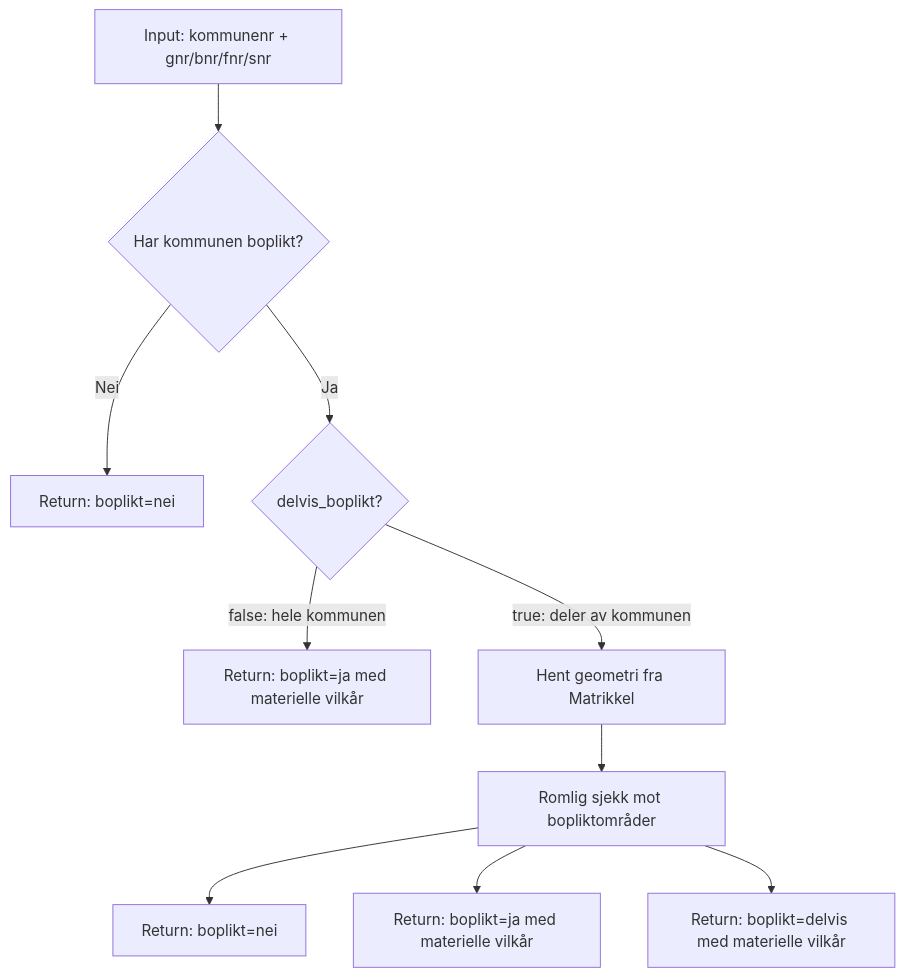
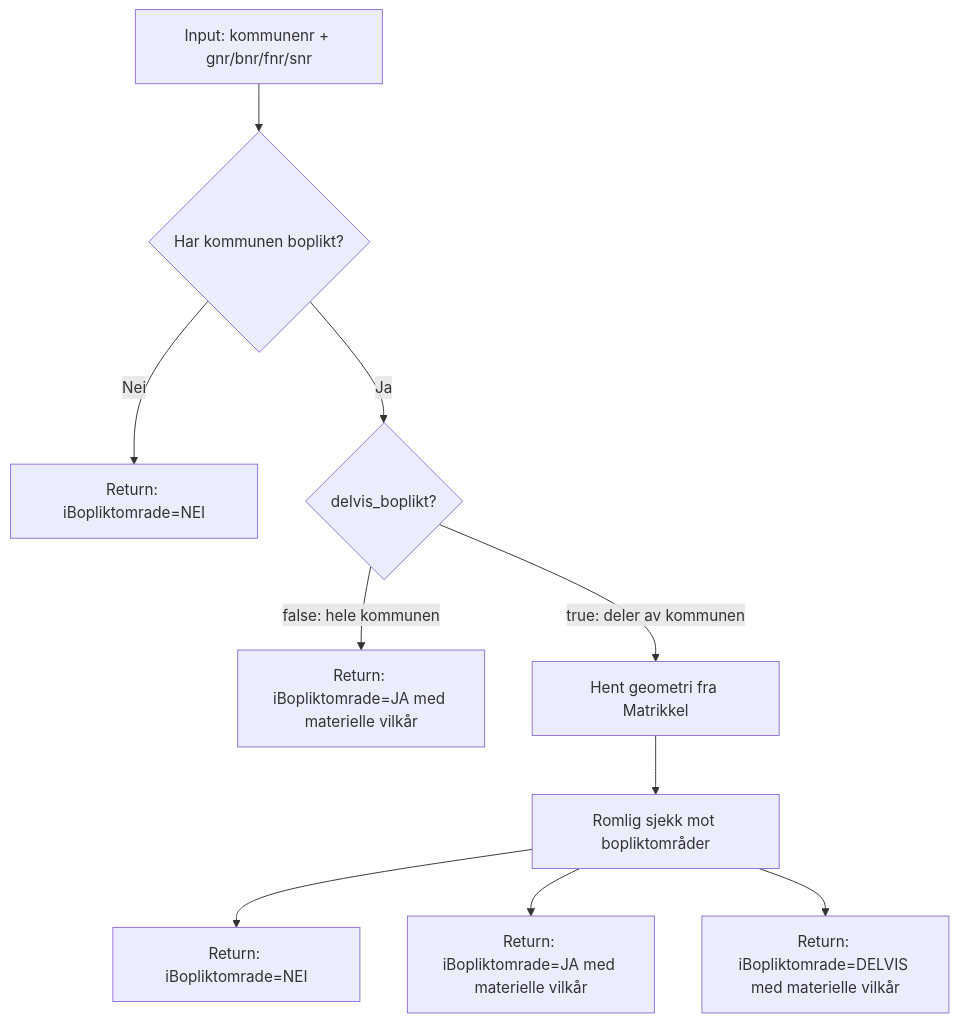
One commit to kartverket/smia-ogc-api changed the second of 2 diagrams in docs/bopliktsjekken.md. Above: the diagram before and after it, drawn with Mermaid. The commit also changed other lines of this file and 4 other files, not shown here.

````diff
--- a/docs/bopliktsjekken.md
+++ b/docs/bopliktsjekken.md
@@ -29,12 +17,12 @@
 ```mermaid
 flowchart TD
     A[Input: kommunenr + gnr/bnr/fnr/snr] --> B{Har kommunen boplikt?}
-    B -- Nei --> C[Return: boplikt=nei]
+    B -- Nei --> C[Return: iBopliktomrade=NEI]
     B -- Ja --> D{delvis_boplikt?}
-    D -- false: hele kommunen --> E[Return: boplikt=ja med materielle vilkår]
+    D -- false: hele kommunen --> E[Return: iBopliktomrade=JA med materielle vilkår]
     D -- true: deler av kommunen --> F[Hent geometri fra Matrikkel]
     F --> G[Romlig sjekk mot bopliktområder]
-    G --> H[Return: boplikt=nei]
-    G --> I[Return: boplikt=ja med materielle vilkår]
-    G --> J[Return: boplikt=delvis med materielle vilkår]
+    G --> H[Return: iBopliktomrade=NEI]
+    G --> I[Return: iBopliktomrade=JA med materielle vilkår]
+    G --> J[Return: iBopliktomrade=DELVIS med materielle vilkår]
 ```
````
